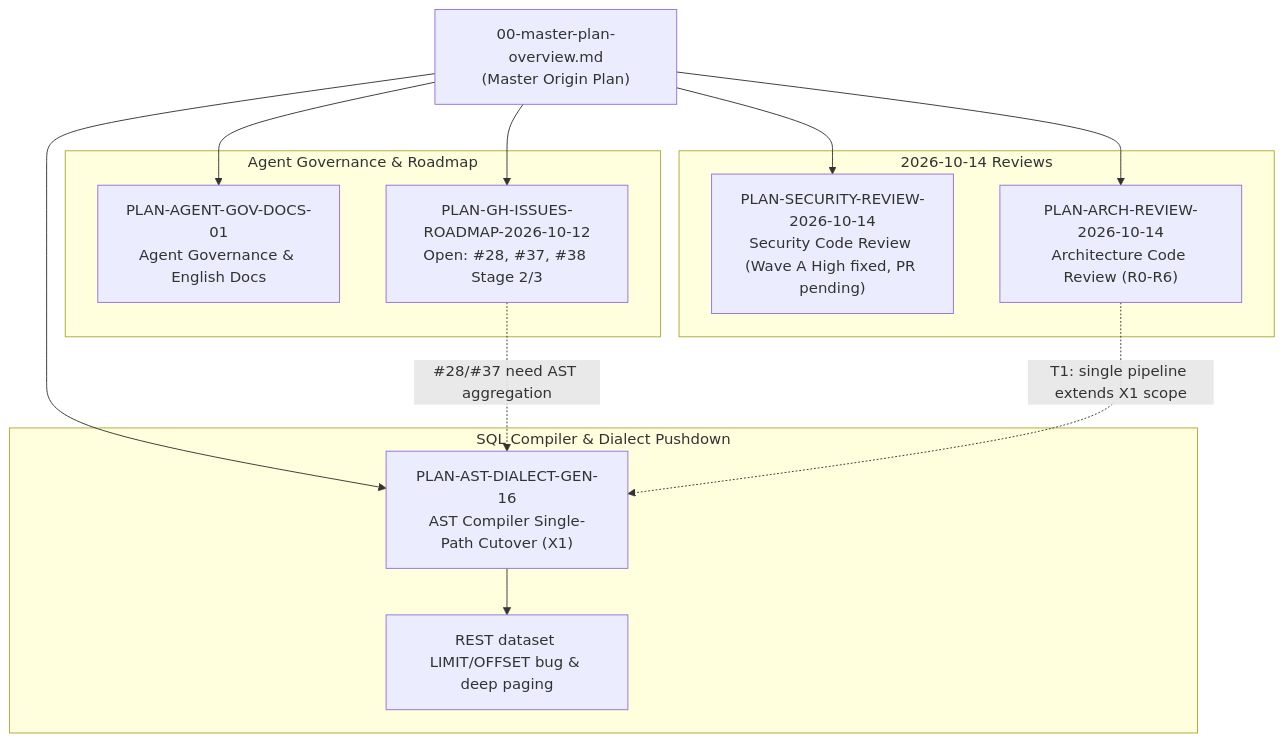
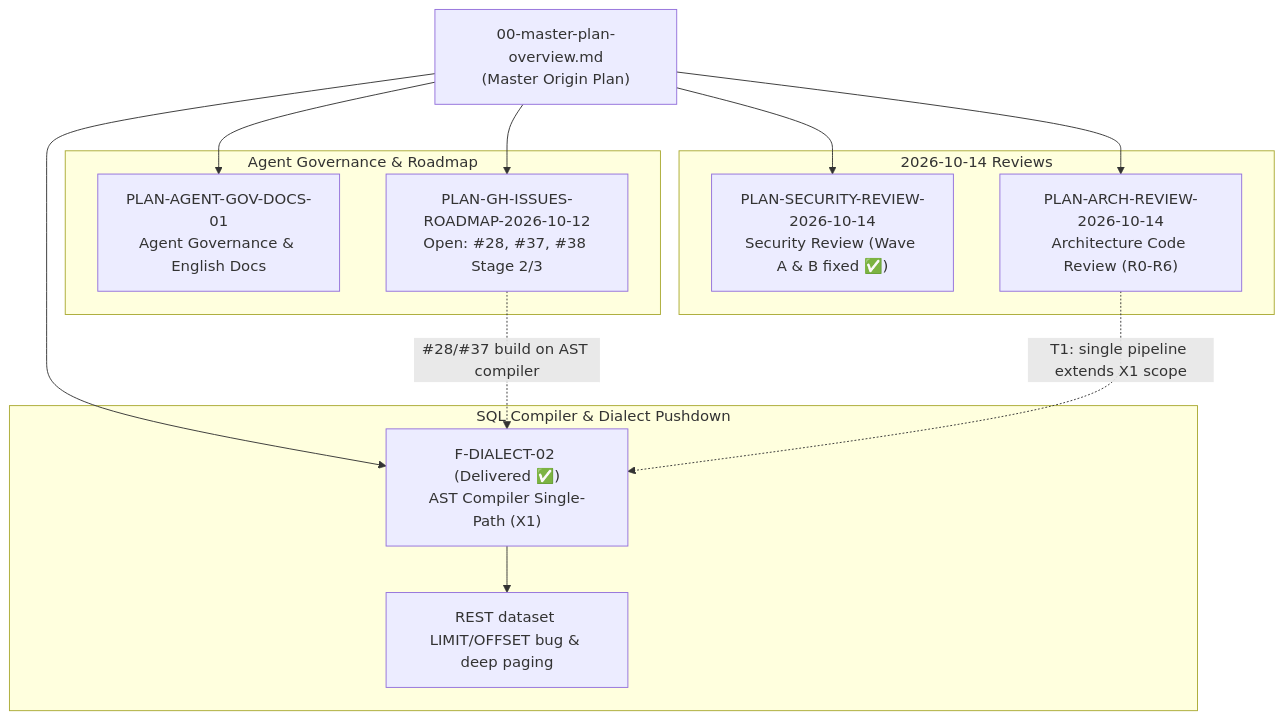
The diagram in docs/plans/00-master-plan-overview.md (themulle/autheris), drawn with Mermaid before and after one commit. The commit also changed other lines of this file and 7 other files, not shown here.

````diff
--- a/docs/plans/00-master-plan-overview.md
+++ b/docs/plans/00-master-plan-overview.md
@@ -39,28 +38,28 @@
 ```mermaid
 flowchart TD
     MP["00-master-plan-overview.md<br/>(Master Origin Plan)"]
 
     subgraph Governance ["Agent Governance & Roadmap"]
         AG["PLAN-AGENT-GOV-DOCS-01<br/>Agent Governance & English Docs"]
         GHI["PLAN-GH-ISSUES-ROADMAP-2026-10-12<br/>Open: #28, #37, #38 Stage 2/3"]
     end
 
     subgraph Reviews ["2026-10-14 Reviews"]
-        SR["PLAN-SECURITY-REVIEW-2026-10-14<br/>Security Code Review (Wave A High fixed, PR pending)"]
+        SR["PLAN-SECURITY-REVIEW-2026-10-14<br/>Security Review (Wave A & B fixed ✅)"]
         AR["PLAN-ARCH-REVIEW-2026-10-14<br/>Architecture Code Review (R0-R6)"]
     end
 
     subgraph SqlCompiler ["SQL Compiler & Dialect Pushdown"]
-        ADG["PLAN-AST-DIALECT-GEN-16<br/>AST Compiler Single-Path Cutover (X1)"]
+        ADG["F-DIALECT-02 (Delivered ✅)<br/>AST Compiler Single-Path (X1)"]
         RDP["REST dataset LIMIT/OFFSET bug & deep paging"]
     end
 
     MP --> AG
     MP --> GHI
     MP --> SR
     MP --> AR
     MP --> ADG
     ADG --> RDP
-    GHI -.->|"#28/#37 need AST aggregation"| ADG
+    GHI -.->|"#28/#37 build on AST compiler"| ADG
     AR -.->|"T1: single pipeline extends X1 scope"| ADG
 ```
````
